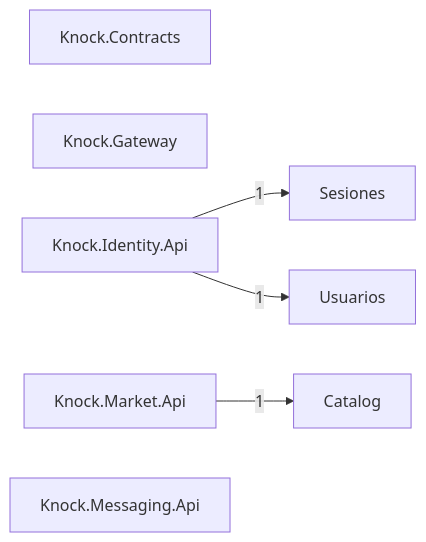
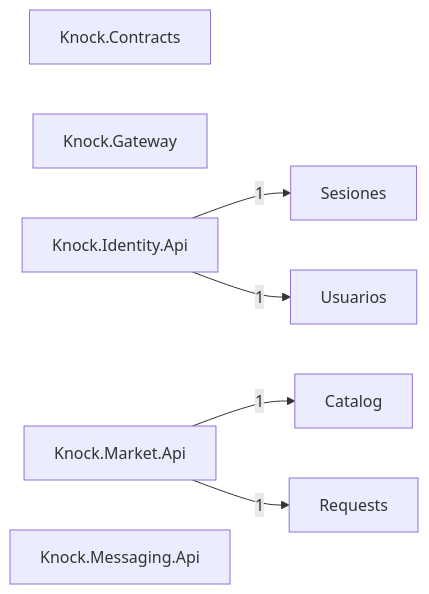
Before and after one commit to Tensei-Devs/knock-backend: the diagram in docs/architecture/modules.mmd, drawn with Mermaid. The commit also changed 14 other files, not shown here.

First line of the commit message:
feat(requests): add quote pricing and request state rules (KNOCK-59)

```diff
--- a/docs/architecture/modules.mmd
+++ b/docs/architecture/modules.mmd
@@ -1,12 +1,14 @@
 graph LR
   Catalog["Catalog"]
   Knock_Contracts["Knock.Contracts"]
   Knock_Gateway["Knock.Gateway"]
   Knock_Identity_Api["Knock.Identity.Api"]
   Knock_Market_Api["Knock.Market.Api"]
   Knock_Messaging_Api["Knock.Messaging.Api"]
+  Requests["Requests"]
   Sesiones["Sesiones"]
   Usuarios["Usuarios"]
   Knock_Identity_Api -->|1| Sesiones
   Knock_Identity_Api -->|1| Usuarios
   Knock_Market_Api -->|1| Catalog
+  Knock_Market_Api -->|1| Requests
```
